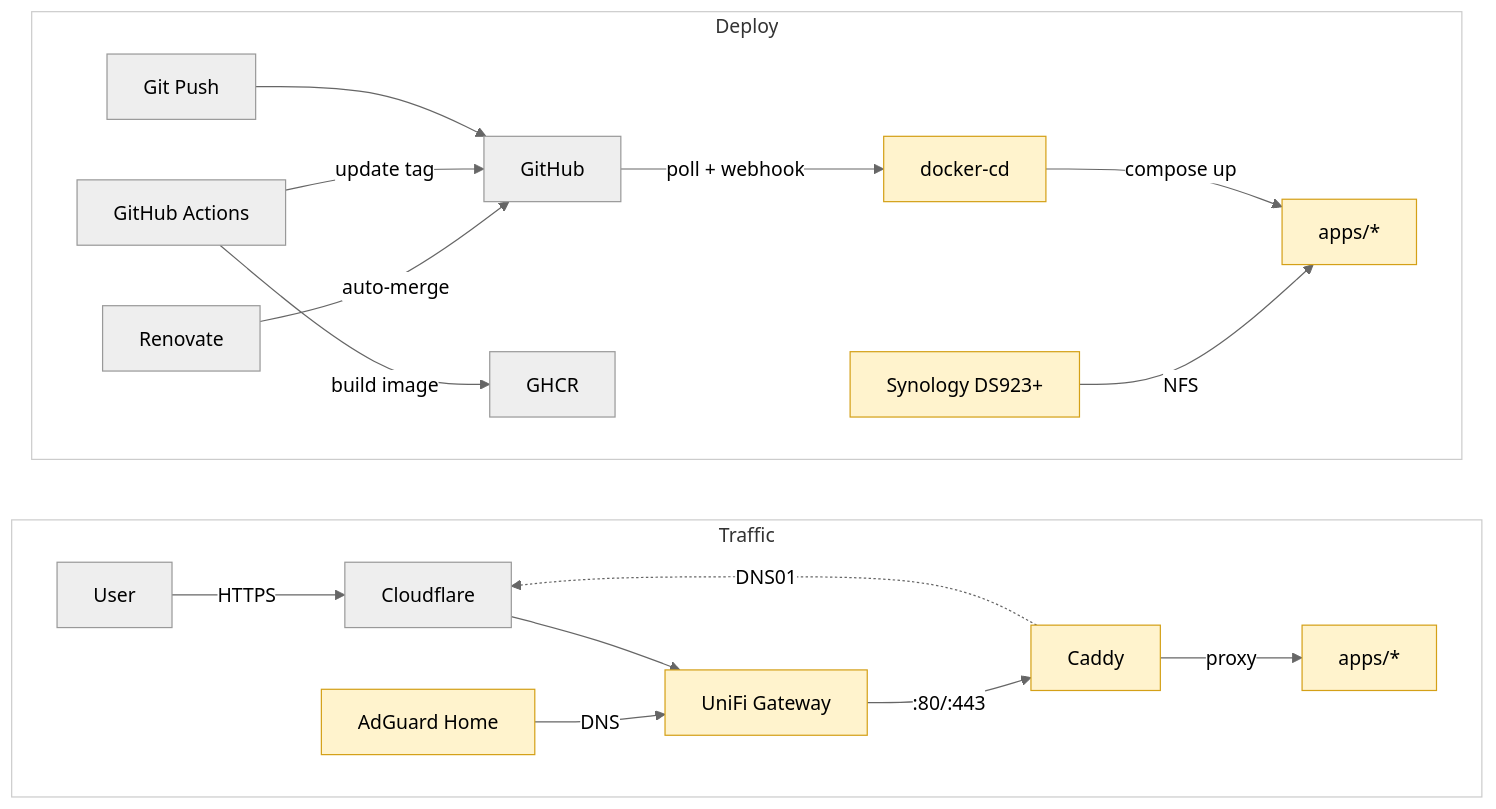
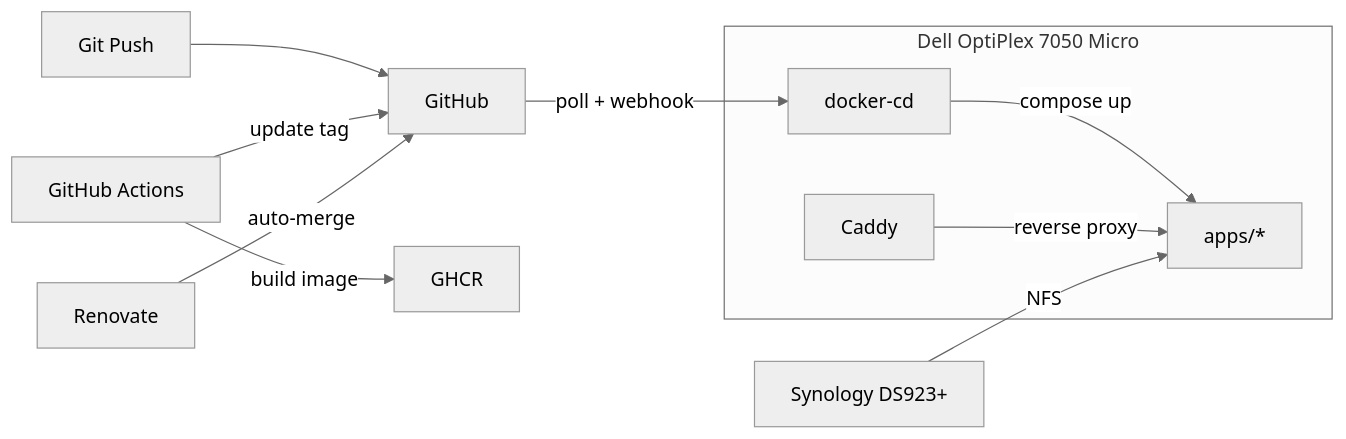
The first of 2 diagrams in README.md (wajeht/home-ops), drawn with Mermaid (neutral theme) before and after one commit. The commit also changed other lines of this file, not shown here.

Commit message:
docs: update architecture diagrams in README

````diff
--- a/README.md
+++ b/README.md
@@ -16,31 +18,15 @@
 ```mermaid
-flowchart TB
-    subgraph deploy[Deploy]
-        direction LR
-        git[Git Push] --> github[GitHub]
-        actions[GitHub Actions] -->|build image| ghcr[GHCR]
-        actions -->|update tag| github
-        renovate[Renovate] -->|auto-merge| github
-        github -->|poll + webhook| docker_cd[docker-cd]
-        docker_cd -->|compose up| apps[apps/*]
-        nas[Synology DS923+] -->|NFS| apps
+flowchart LR
+    git[Git Push] --> github[GitHub]
+    actions[GitHub Actions] -->|build image| ghcr[GHCR]
+    actions -->|update tag| github
+    renovate[Renovate] -->|auto-merge| github
+    github -->|poll + webhook| docker_cd
+
+    subgraph dell[Dell OptiPlex 7050 Micro]
+        docker_cd[docker-cd] -->|compose up| apps[apps/*]
+        caddy[Caddy] -->|reverse proxy| apps
     end
 
-    subgraph traffic[Traffic]
-        direction LR
-        user[User] -->|HTTPS| cf[Cloudflare]
-        cf --> unifi[UniFi Gateway]
-        adguard[AdGuard Home] -->|DNS| unifi
-        unifi -->|:80/:443| caddy[Caddy]
-        caddy -->|proxy| apps2[apps/*]
-        caddy -.->|DNS01| cf
-    end
-
-    deploy ~~~ traffic
-
-    style deploy fill:none,stroke:#ccc
-    style traffic fill:none,stroke:#ccc
-
-    classDef hw fill:#fff3cd,stroke:#d4a017
-    class docker_cd,apps,caddy,apps2,unifi,adguard,nas hw
+    nas[Synology DS923+] -->|NFS| apps
 ```
````
